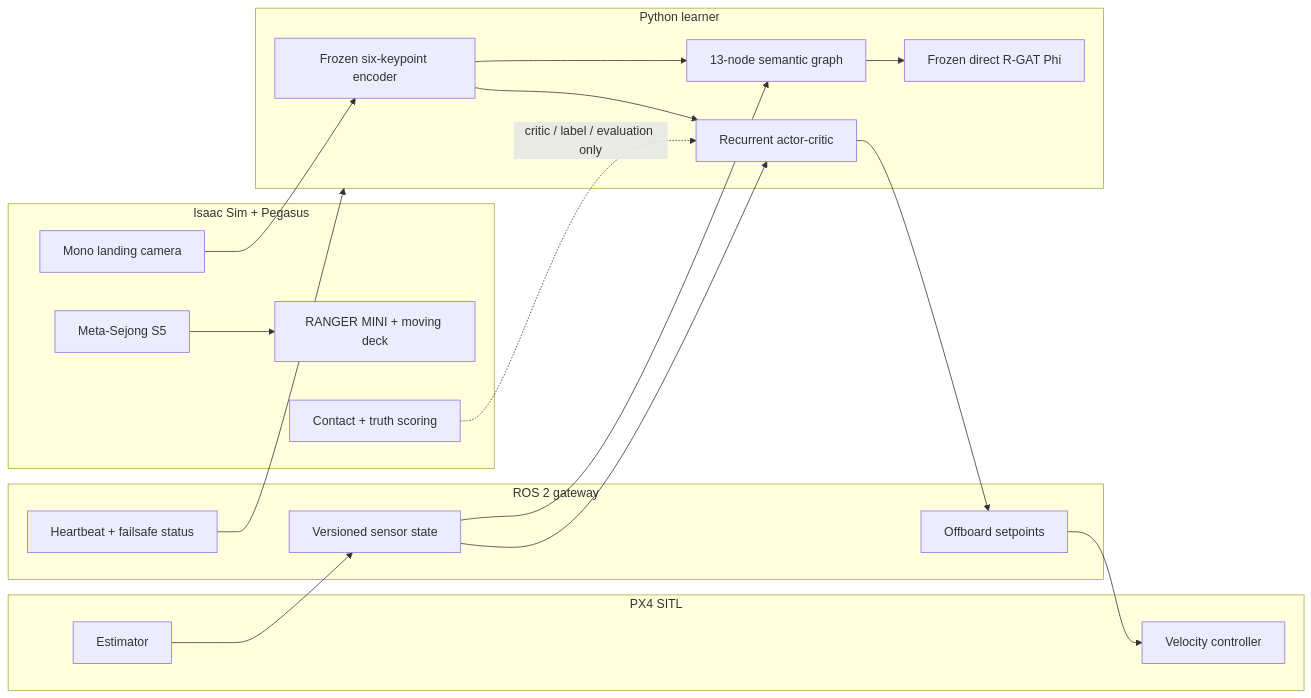
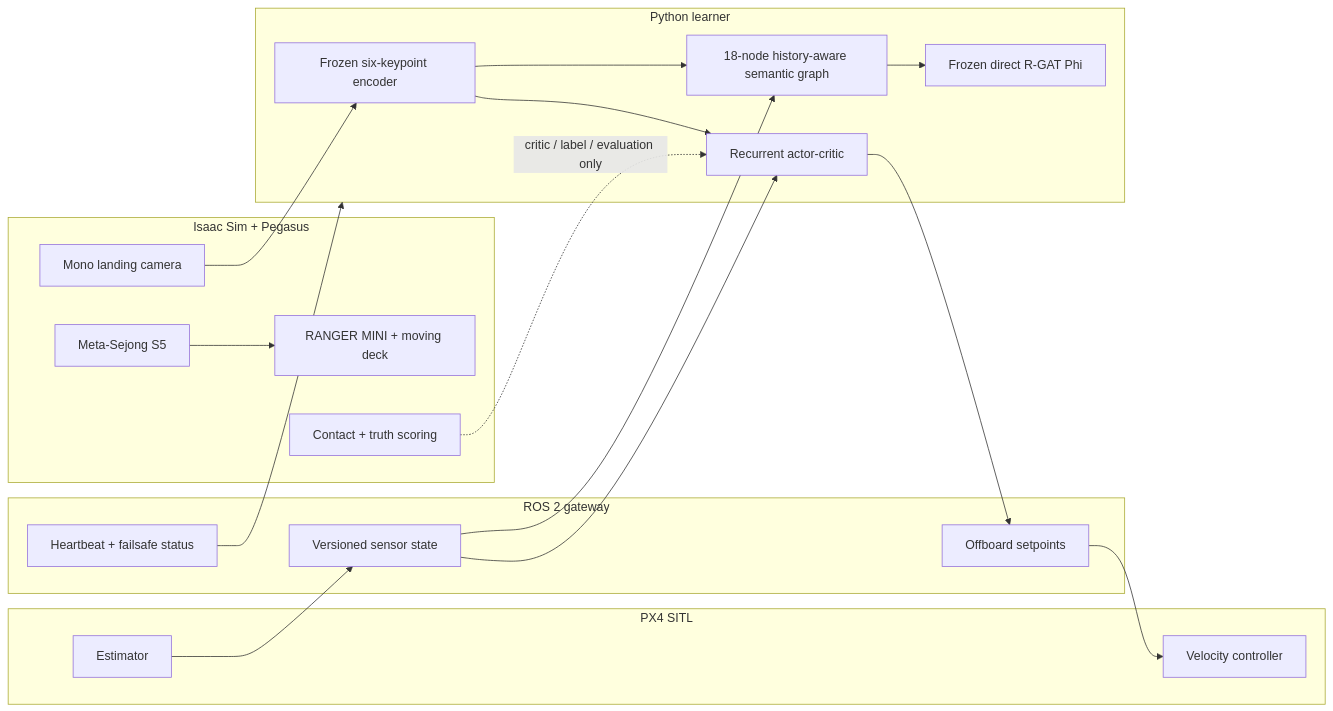
Before and after one commit to junsuk123/OntoReward-RL: the diagram in Ontology_RGAT_UAV_RL_ISAAC_PX4/docs/SYSTEM_OVERVIEW.md, drawn with Mermaid. The commit also changed other lines of this file and 28 other files, not shown here.

````diff
--- a/Ontology_RGAT_UAV_RL_ISAAC_PX4/docs/SYSTEM_OVERVIEW.md
+++ b/Ontology_RGAT_UAV_RL_ISAAC_PX4/docs/SYSTEM_OVERVIEW.md
@@ -12,31 +12,31 @@
 ```mermaid
 flowchart LR
   subgraph SIM[Isaac Sim + Pegasus]
     MAP[Meta-Sejong S5]
     UGV[RANGER MINI + moving deck]
     CAM[Mono landing camera]
     CONTACT[Contact + truth scoring]
   end
   subgraph PX[PX4 SITL]
     EKF[Estimator]
     CTRL[Velocity controller]
   end
   subgraph GW[ROS 2 gateway]
     STATE[Versioned sensor state]
     CMD[Offboard setpoints]
     SAFE[Heartbeat + failsafe status]
   end
   subgraph LEARN[Python learner]
     KP[Frozen six-keypoint encoder]
     REC[Recurrent actor-critic]
-    SEM[13-node semantic graph]
+    SEM[18-node history-aware semantic graph]
     RGAT[Frozen direct R-GAT Phi]
   end
   CAM --> KP --> REC --> CMD --> CTRL
   EKF --> STATE --> REC
   KP --> SEM --> RGAT
   STATE --> SEM
   CONTACT -. critic / label / evaluation only .-> REC
   MAP --> UGV
   SAFE --> LEARN
 ```
````
